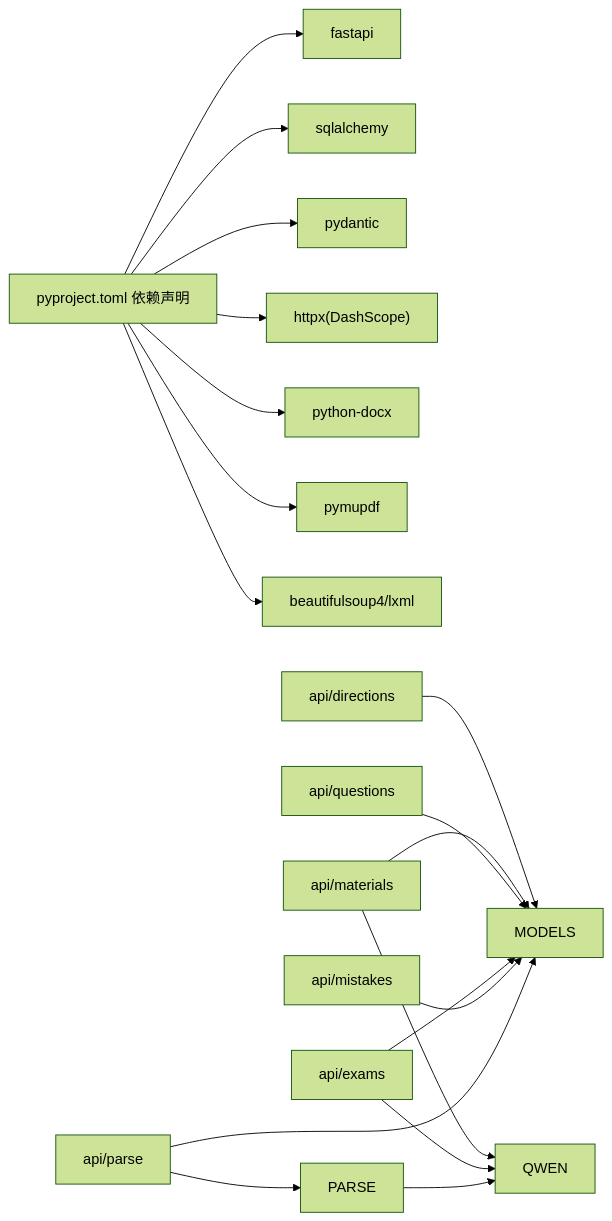
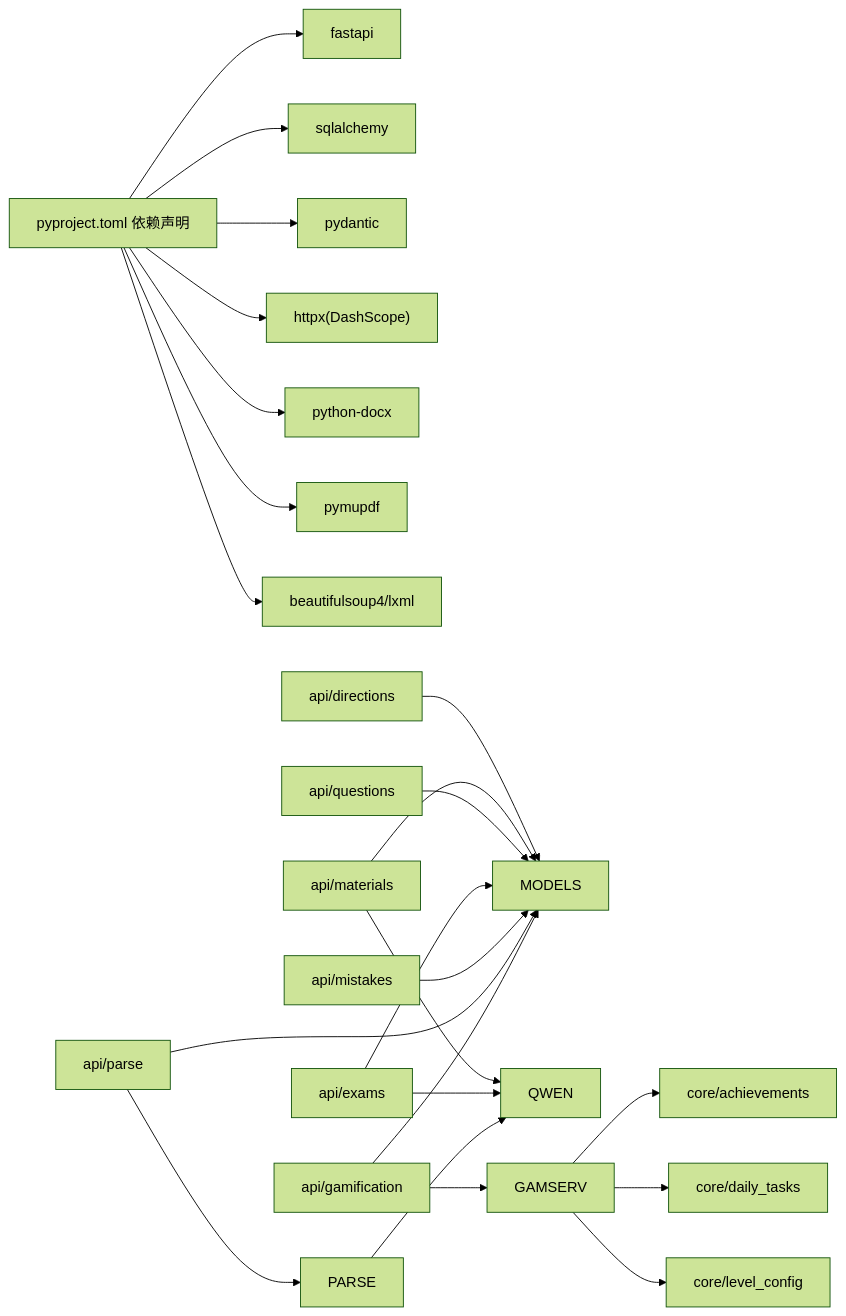
Before and after one commit to zhiwenli-jack/personal-learning-manager: the fifth of 6 diagrams in .qoder/repowiki/zh/content/后端API文档/后端API文档.md, drawn with Mermaid (forest theme). The commit also changed other lines of this file and 20 other files, not shown here.

````diff
--- a/.qoder/repowiki/zh/content/后端API文档/后端API文档.md
+++ b/.qoder/repowiki/zh/content/后端API文档/后端API文档.md
@@ -375,20 +423,25 @@
 ```mermaid
 graph LR
 PY["pyproject.toml 依赖声明"] --> FAST["fastapi"]
 PY --> SQL["sqlalchemy"]
 PY --> PYD["pydantic"]
 PY --> HTTPX["httpx(DashScope)"]
 PY --> DOCX["python-docx"]
 PY --> PDF["pymupdf"]
 PY --> BS["beautifulsoup4/lxml"]
 API_DIR["api/directions"] --> MODELS
 API_MAT["api/materials"] --> MODELS
 API_QUE["api/questions"] --> MODELS
 API_EXAM["api/exams"] --> MODELS
 API_MIS["api/mistakes"] --> MODELS
 API_PAR["api/parse"] --> MODELS
+API_GAM["api/gamification"] --> MODELS
 API_MAT --> QWEN
 API_EXAM --> QWEN
 API_PAR --> PARSE
+API_GAM --> GAMSERV
 PARSE --> QWEN
+GAMSERV --> ACHIEVEMENTS["core/achievements"]
+GAMSERV --> DAILYTASKS["core/daily_tasks"]
+GAMSERV --> LEVELCONFIG["core/level_config"]
 ```
````
